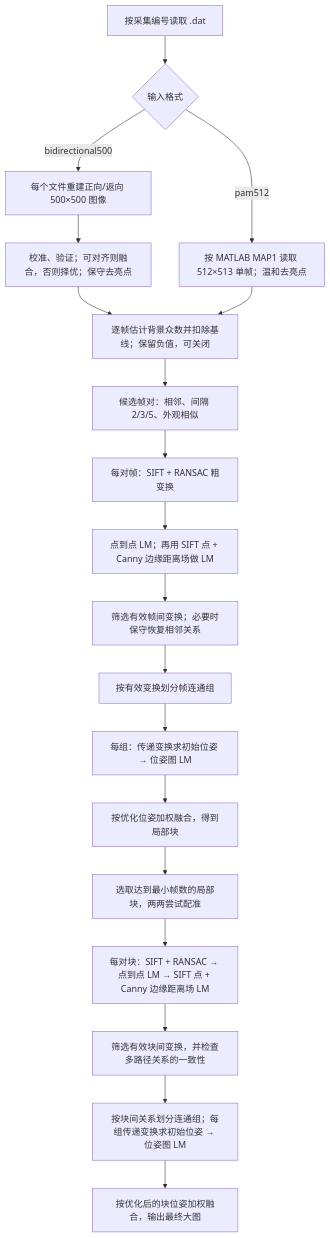
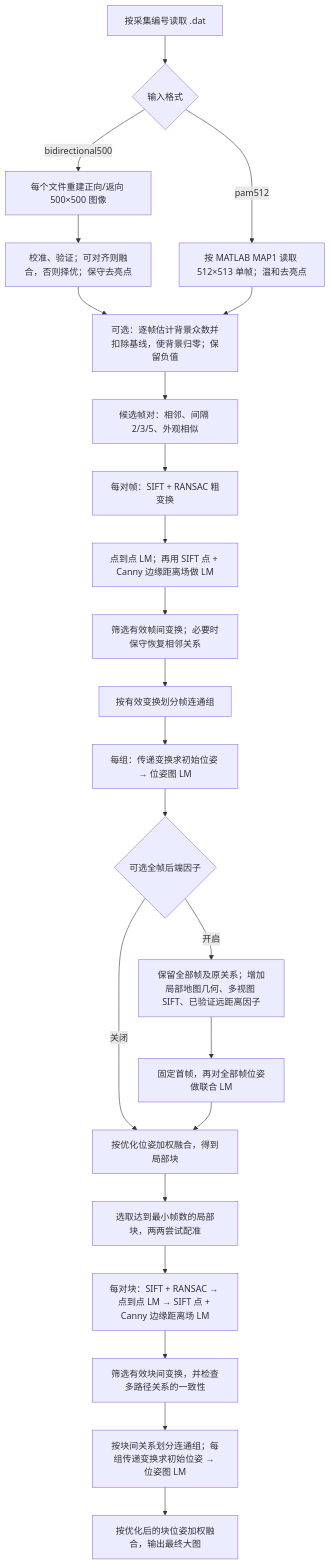
One commit to gsp999/PAM_brain changed the diagram in README.md. Above: the diagram before and after it, drawn with Mermaid. The commit also changed other lines of this file and 26 other files, not shown here.

````diff
--- a/README.md
+++ b/README.md
@@ -9,21 +9,25 @@
 ```mermaid
 flowchart TD
     A["按采集编号读取 .dat"] --> Q{"输入格式"}
     Q -->|bidirectional500| B["每个文件重建正向/返向 500×500 图像"]
     Q -->|pam512| P["按 MATLAB MAP1 读取 512×513 单帧；温和去亮点"]
     B --> C["校准、验证；可对齐则融合，否则择优；保守去亮点"]
-    C --> BG["逐帧估计背景众数并扣除基线；保留负值，可关闭"]
+    C --> BG["可选：逐帧估计背景众数并扣除基线，使背景归零；保留负值"]
     P --> BG
     BG --> D["候选帧对：相邻、间隔 2/3/5、外观相似"]
     D --> E["每对帧：SIFT + RANSAC 粗变换"]
     E --> F["点到点 LM；再用 SIFT 点 + Canny 边缘距离场做 LM"]
     F --> G["筛选有效帧间变换；必要时保守恢复相邻关系"]
     G --> H["按有效变换划分帧连通组"]
     H --> I["每组：传递变换求初始位姿 → 位姿图 LM"]
-    I --> J["按优化位姿加权融合，得到局部块"]
+    I --> BF{"可选全帧后端因子"}
+    BF -->|关闭| J["按优化位姿加权融合，得到局部块"]
+    BF -->|开启| AF["保留全部帧及原关系；增加局部地图几何、多视图 SIFT、已验证远距离因子"]
+    AF --> AO["固定首帧，再对全部帧位姿做联合 LM"]
+    AO --> J
     J --> K["选取达到最小帧数的局部块，两两尝试配准"]
     K --> L["每对块：SIFT + RANSAC → 点到点 LM → SIFT 点 + Canny 边缘距离场 LM"]
     L --> M["筛选有效块间变换，并检查多路径关系的一致性"]
     M --> N["按块间关系划分连通组；每组传递变换求初始位姿 → 位姿图 LM"]
     N --> O["按优化后的块位姿加权融合，输出最终大图"]
 ```
````
